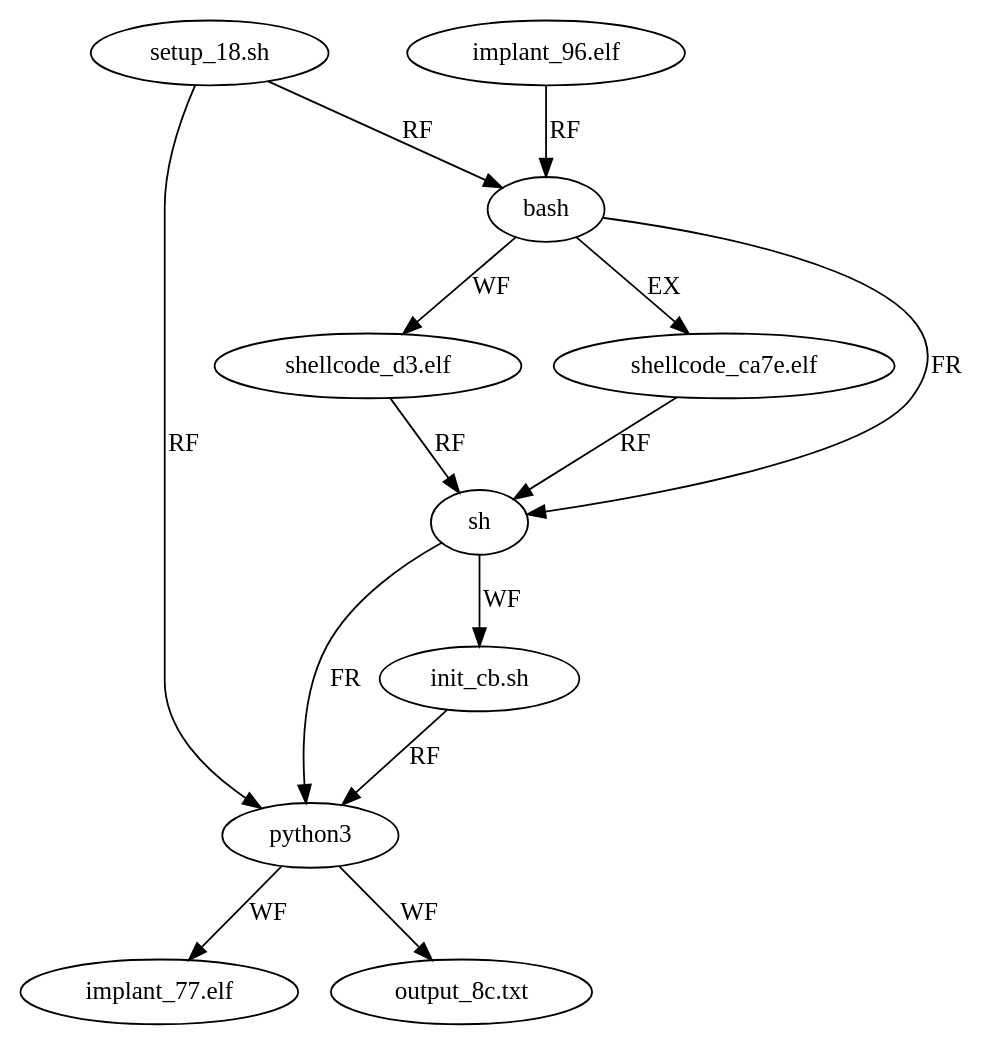
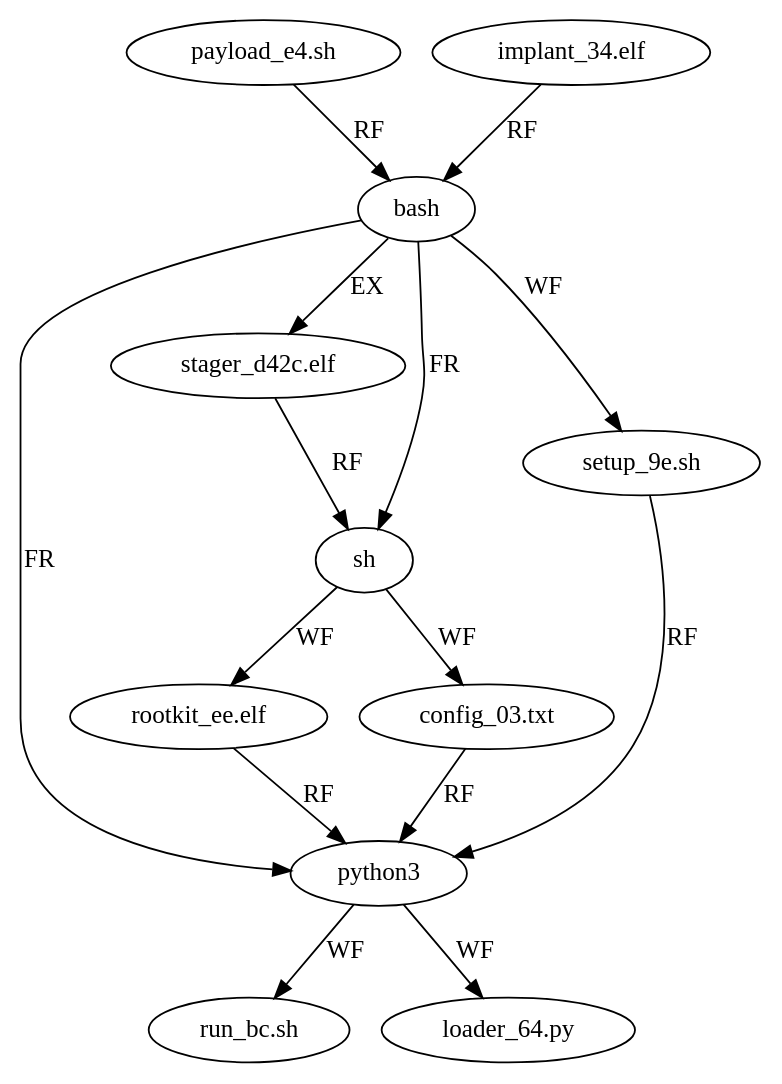
One commit to gianghitran/MARL-VariantHunter-Architecture changed the diagram in Attack_Agent/result_handoff/Carbanak/clusters/cluster_01_T1659.dot. Above: the diagram before and after it, drawn with Graphviz. The commit also changed 1442 other files, not shown here.

```diff
--- a/Attack_Agent/result_handoff/Carbanak/clusters/cluster_01_T1659.dot
+++ b/Attack_Agent/result_handoff/Carbanak/clusters/cluster_01_T1659.dot
@@ -1,25 +1,27 @@
 digraph {
   p0_s1 [label="bash" type=process stage="T1659"]
-  fin0_s1 [label="setup_18.sh" type=file stage="T1659"]
-  fin1_s1 [label="implant_96.elf" type=file stage="T1659"]
+  fin0_s1 [label="payload_e4.sh" type=file stage="T1659"]
+  fin1_s1 [label="implant_34.elf" type=file stage="T1659"]
   p1_s1 [label="sh" type=process stage="T1659"]
-  f0_0_s1 [label="init_cb.sh" type=file stage="T1659"]
+  f0_0_s1 [label="rootkit_ee.elf" type=file stage="T1659"]
+  f0_1_s1 [label="config_03.txt" type=file stage="T1659"]
   p2_s1 [label="python3" type=process stage="T1659"]
-  f1_0_s1 [label="implant_77.elf" type=file stage="T1659"]
-  f1_1_s1 [label="output_8c.txt" type=file stage="T1659"]
-  fh0_s1 [label="shellcode_d3.elf" type=file stage="T1659"]
-  exec_s1 [label="shellcode_ca7e.elf" type=file stage="T1659"]
+  f1_0_s1 [label="run_bc.sh" type=file stage="T1659"]
+  f1_1_s1 [label="loader_64.py" type=file stage="T1659"]
+  fh0_s1 [label="setup_9e.sh" type=file stage="T1659"]
+  exec_s1 [label="stager_d42c.elf" type=file stage="T1659"]
   fin0_s1 -> p0_s1 [label="RF"]
   fin1_s1 -> p0_s1 [label="RF"]
   p0_s1 -> p1_s1 [label="FR"]
   p1_s1 -> f0_0_s1 [label="WF"]
-  p1_s1 -> p2_s1 [label="FR"]
+  p1_s1 -> f0_1_s1 [label="WF"]
+  p0_s1 -> p2_s1 [label="FR"]
   p2_s1 -> f1_0_s1 [label="WF"]
   p2_s1 -> f1_1_s1 [label="WF"]
   f0_0_s1 -> p2_s1 [label="RF"]
+  f0_1_s1 -> p2_s1 [label="RF"]
   p0_s1 -> fh0_s1 [label="WF"]
   p0_s1 -> exec_s1 [label="EX"]
-  fh0_s1 -> p1_s1 [label="RF"]
+  fh0_s1 -> p2_s1 [label="RF"]
   exec_s1 -> p1_s1 [label="RF"]
-  fin0_s1 -> p2_s1 [label="RF"]
 }
```
